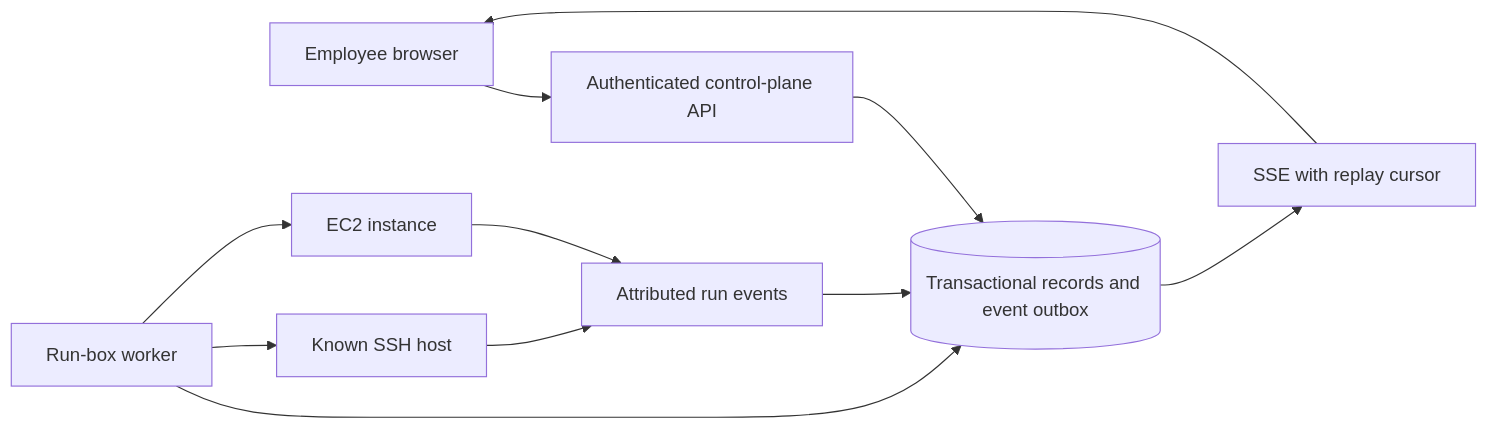
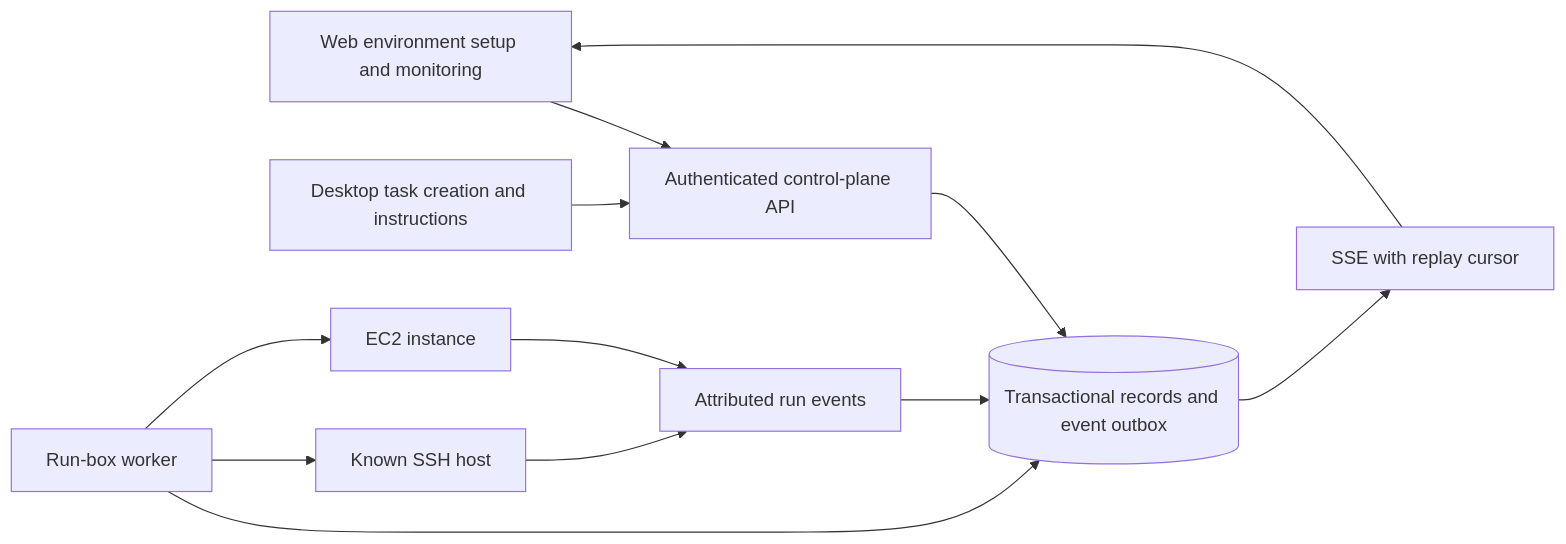
Before and after one commit to Neal-Kotval/hackgt13: the diagram in BACKEND_PLAN.md, drawn with Mermaid. The commit also changed other lines of this file and 6 other files, not shown here.

Commit message:
docs: define machine-first desktop and web responsibilities

````diff
--- a/BACKEND_PLAN.md
+++ b/BACKEND_PLAN.md
@@ -13,13 +13,14 @@
 ```mermaid
 flowchart LR
-  Browser[Employee browser] --> API[Authenticated control-plane API]
+  Browser[Web environment setup and monitoring] --> API[Authenticated control-plane API]
+  Desktop[Desktop task creation and instructions] --> API
   API --> DB[(Transactional records and event outbox)]
   Worker[Run-box worker] --> DB
   Worker --> SSH[Known SSH host]
   Worker --> EC2[EC2 instance]
   SSH --> Events[Attributed run events]
   EC2 --> Events
   Events --> DB
   DB --> Stream[SSE with replay cursor]
   Stream --> Browser
 ```
````
